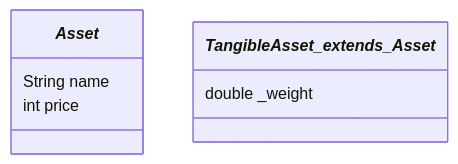
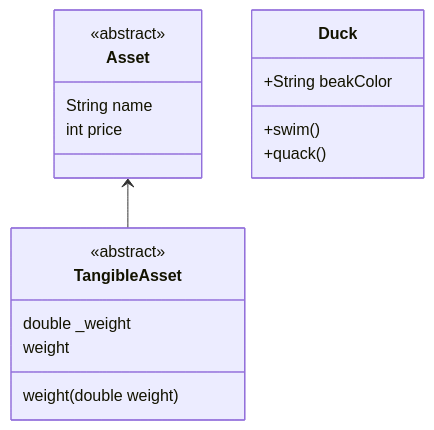
The diagram in Daily/2025-03-19.md (choiexe1/local), drawn with Mermaid before and after one commit. The commit also changed 6 other files, not shown here.

````diff
--- a/Daily/2025-03-19.md
+++ b/Daily/2025-03-19.md
@@ -39,12 +39,26 @@
 ```mermaid
 classDiagram
 
-class _Asset_ {
+class Asset {
+	 <<abstract>>
 	String name
 	int price
 }
 
-class _TangibleAsset_ extends _Asset_ {
+class TangibleAsset {
+	 <<abstract>>
 	double _weight
+	weight(double weight)
+	weight
 }
+
+class Duck{
+            +String beakColor
+            +swim()
+            +quack()
+        }
+
+
+Asset <-- TangibleAsset
+
 ```
````
